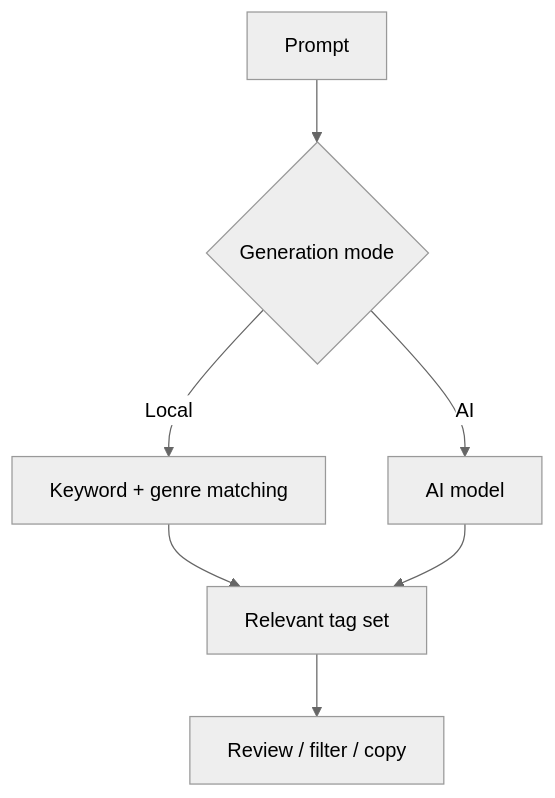
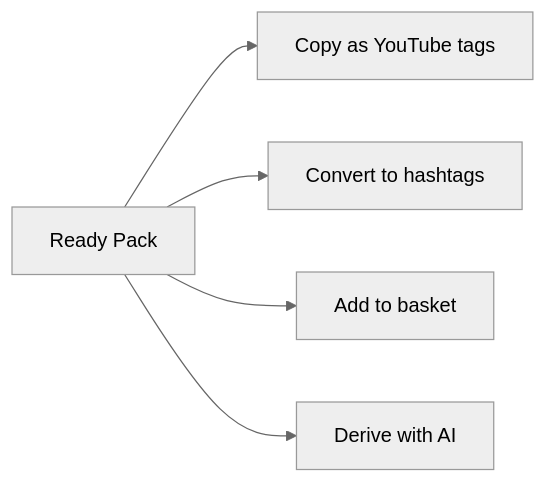
Before and after one commit to DissidentAI/tagLab-: the second of 6 diagrams in README.md, drawn with Mermaid (neutral theme). The commit also changed other lines of this file, not shown here.

Commit message:
docs: rewrite README from current application architecture

````diff
--- a/README.md
+++ b/README.md
@@ -104,9 +159,7 @@
 ```mermaid
-flowchart TD
-    A[Prompt] --> B{Generation mode}
-    B -->|Local| C[Keyword + genre matching]
-    B -->|AI| D[AI model]
-    C --> E[Relevant tag set]
-    D --> E
-    E --> F[Review / filter / copy]
+flowchart LR
+    P[Ready Pack] --> Y[Copy as YouTube tags]
+    P --> H[Convert to hashtags]
+    P --> B[Add to basket]
+    P --> AI[Derive with AI]
 ```
````
